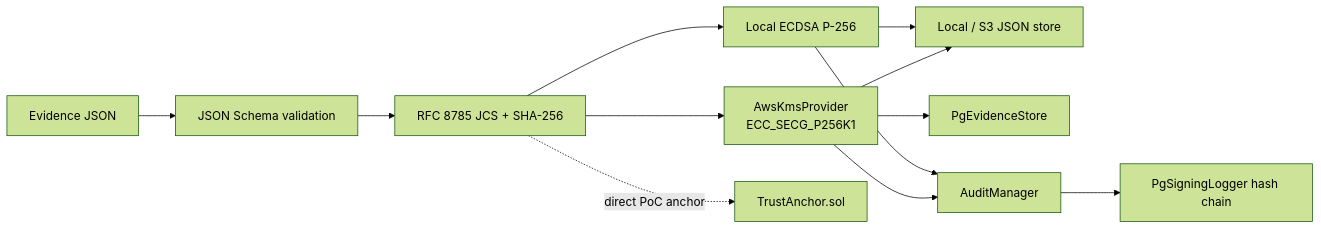
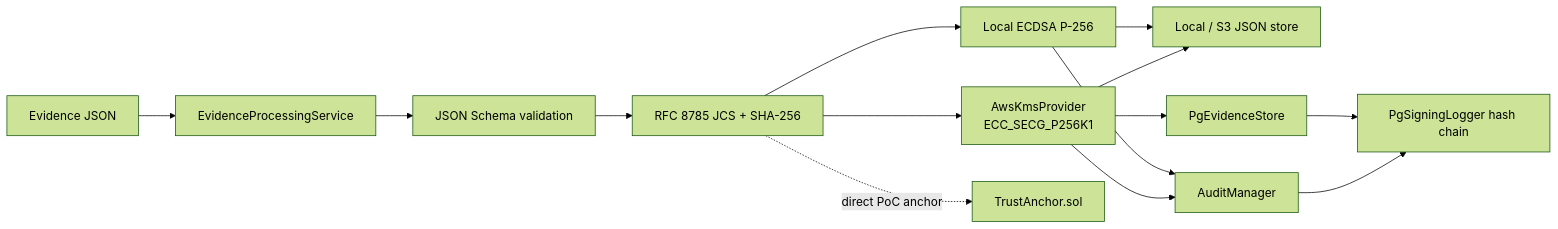
One commit to kognavi/tanden-trust-audit-poc changed the first of 2 diagrams in docs/architecture-diagram.md. Above: the diagram before and after it, drawn with Mermaid (forest theme). The commit also changed other lines of this file and 4 other files, not shown here.

Commit message:
feat: enforce evidence trust boundary processing (#132)

````diff
--- a/docs/architecture-diagram.md
+++ b/docs/architecture-diagram.md
@@ -5,14 +5,16 @@
 ```mermaid
 flowchart LR
-    E[Evidence JSON] --> V[JSON Schema validation]
+    E[Evidence JSON] --> PS[EvidenceProcessingService]
+    PS --> V[JSON Schema validation]
     V --> C[RFC 8785 JCS + SHA-256]
     C --> LS[Local ECDSA P-256]
     C --> KS[AwsKmsProvider<br/>ECC_SECG_P256K1]
     LS --> ST[Local / S3 JSON store]
     KS --> ST
     KS --> PG[PgEvidenceStore]
+    PG --> PL
     LS --> AM[AuditManager]
     KS --> AM
     AM --> PL[PgSigningLogger hash chain]
     C -. direct PoC anchor .-> WA[TrustAnchor.sol]
 ```
````
